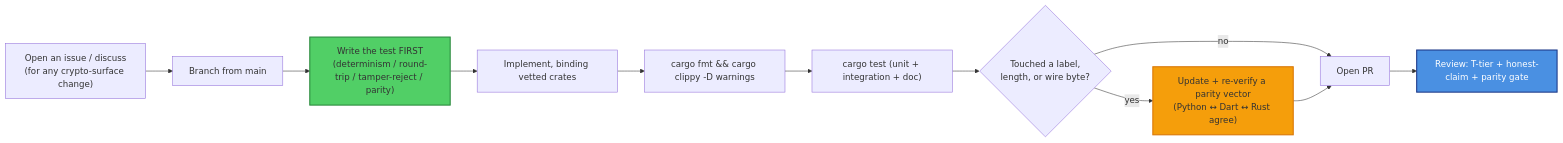
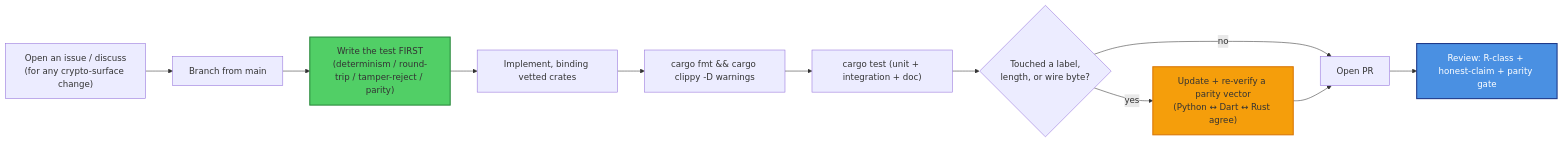
Before and after one commit to smilinTux/sk-pqc-rs: the diagram in CONTRIBUTING.md, drawn with Mermaid. The commit also changed other lines of this file and 5 other files, not shown here.

````diff
--- a/CONTRIBUTING.md
+++ b/CONTRIBUTING.md
@@ -52,16 +52,16 @@
 ```mermaid
 flowchart LR
     A["Open an issue / discuss<br/>(for any crypto-surface change)"] --> B["Branch from main"]
     B --> C["Write the test FIRST<br/>(determinism / round-trip / tamper-reject / parity)"]
     C --> D["Implement, binding vetted crates"]
     D --> E["cargo fmt && cargo clippy -D warnings"]
     E --> F["cargo test (unit + integration + doc)"]
     F --> G{"Touched a label,<br/>length, or wire byte?"}
     G -->|"yes"| H["Update + re-verify a parity vector<br/>(Python ↔ Dart ↔ Rust agree)"]
     G -->|"no"| I["Open PR"]
     H --> I
-    I --> J["Review: T-tier + honest-claim + parity gate"]
+    I --> J["Review: R-class + honest-claim + parity gate"]
     style C fill:#51cf66,stroke:#2b8a3e,stroke-width:2px
     style H fill:#f59e0b,stroke:#d97706,stroke-width:2px
     style J fill:#4a90e2,stroke:#1e3a8a,stroke-width:2px,color:#fff
 ```
````
